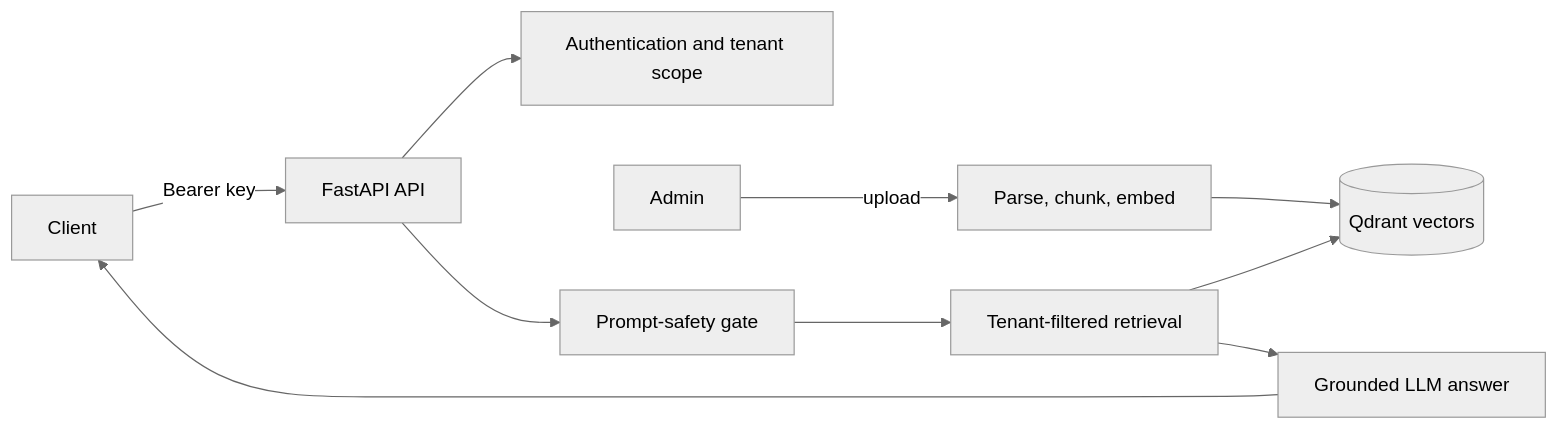
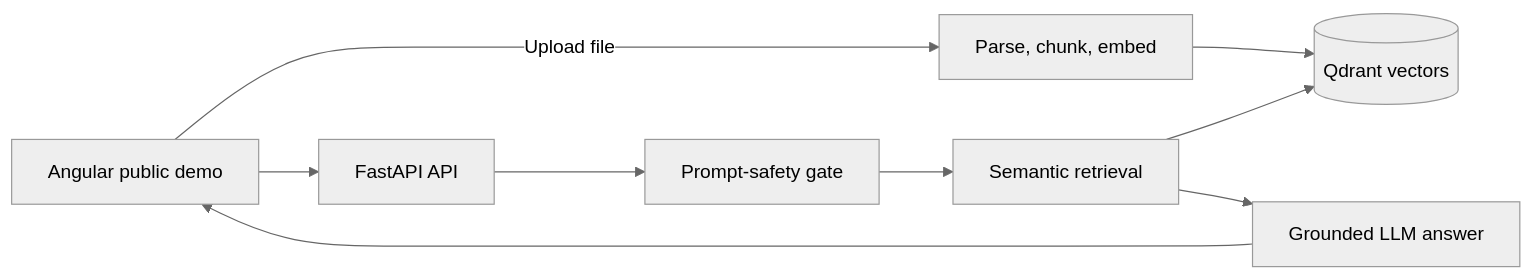
The diagram in docs/architecture.md (AmitojSK/Enterprise-RAG), drawn with Mermaid (neutral theme) before and after one commit. The commit also changed other lines of this file and 25 other files, not shown here.

````diff
--- a/docs/architecture.md
+++ b/docs/architecture.md
@@ -3,12 +3,11 @@
 ```mermaid
 flowchart LR
-    Client -->|Bearer key| API[FastAPI API]
-    API --> Auth[Authentication and tenant scope]
+    Client[Angular public demo] --> API[FastAPI API]
     API --> Safety[Prompt-safety gate]
-    Admin -->|upload| Ingest[Parse, chunk, embed]
+    Client -->|Upload file| Ingest[Parse, chunk, embed]
     Ingest --> Qdrant[(Qdrant vectors)]
-    Safety --> Retrieve[Tenant-filtered retrieval]
+    Safety --> Retrieve[Semantic retrieval]
     Retrieve --> Qdrant
     Retrieve --> LLM[Grounded LLM answer]
     LLM --> Client
 ```
````
